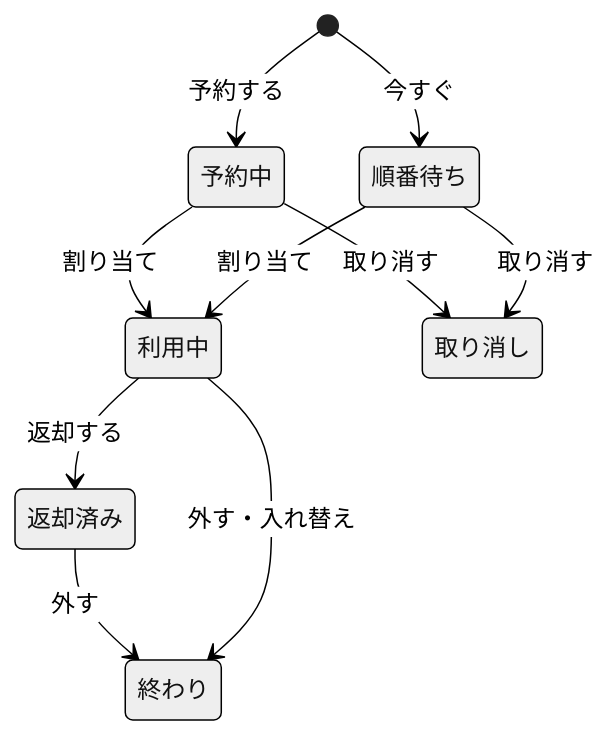
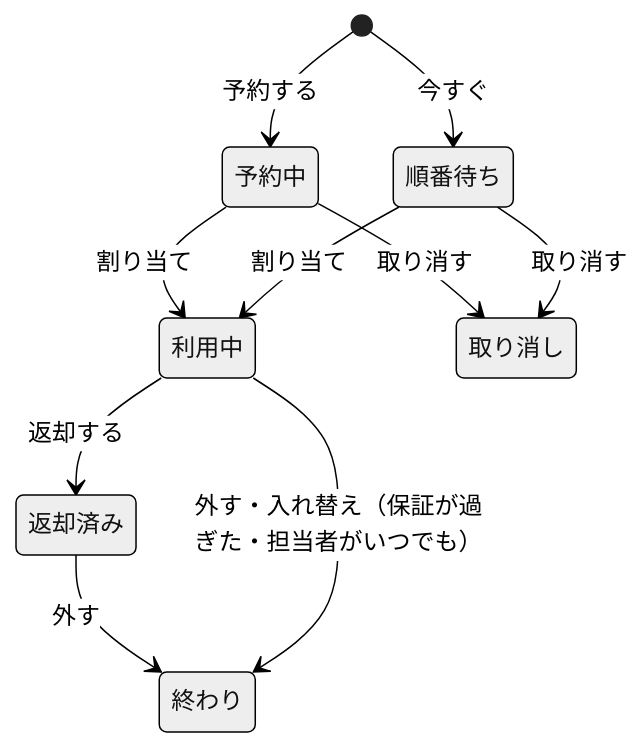
The diagram in website/docs/guide/reservations.md (kanotown/taylis), drawn with Mermaid (neutral theme) before and after one commit. The commit also changed other lines of this file and 2 other files, not shown here.

````diff
--- a/website/docs/guide/reservations.md
+++ b/website/docs/guide/reservations.md
@@ -37,18 +37,18 @@
 ```mermaid
 stateDiagram-v2
   state "予約中" as booked
   state "順番待ち" as waiting
   state "利用中" as holding
   state "返却済み" as returning
   state "終わり" as done
   state "取り消し" as cancelled
   [*] --> booked: 予約する
   [*] --> waiting: 今すぐ
   booked --> holding: 割り当て
   waiting --> holding: 割り当て
   holding --> returning: 返却する
   returning --> done: 外す
-  holding --> done: 外す・入れ替え
+  holding --> done: 外す・入れ替え（保証が過ぎた・担当者がいつでも）
   booked --> cancelled: 取り消す
   waiting --> cancelled: 取り消す
 ```
````
